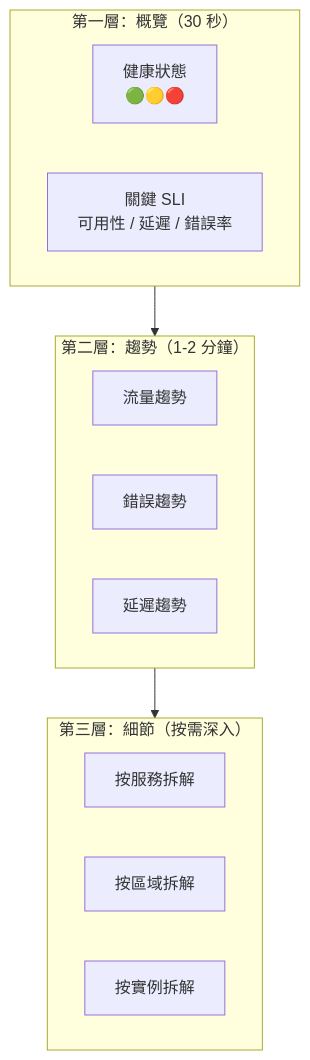
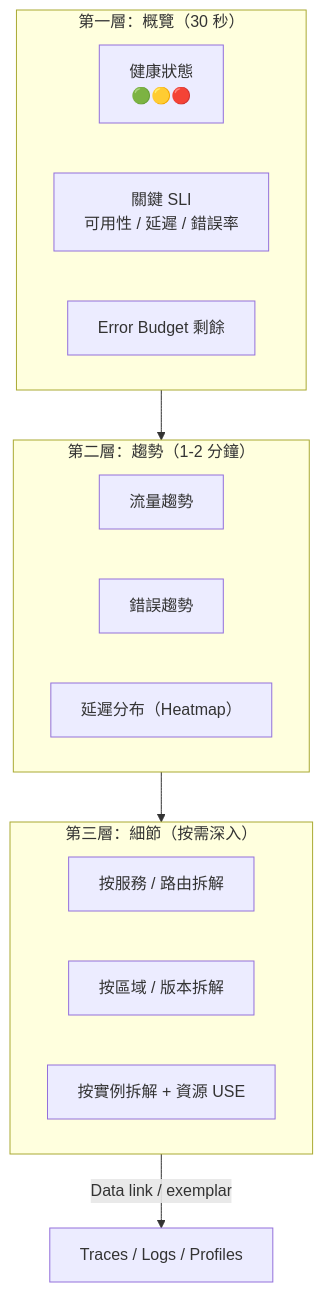
Diagram 15 of 28 in content/posts/教學/工具/Metrics Visualization 教學手冊.md (chihhung/Blog), drawn with Mermaid before and after one commit. The commit also changed other lines of this file and 8 other files, not shown here.

````diff
--- a/content/posts/教學/工具/Metrics Visualization 教學手冊.md
+++ b/content/posts/教學/工具/Metrics Visualization 教學手冊.md
@@ -811,21 +1815,23 @@
 ```mermaid
 flowchart TB
     subgraph L1["第一層：概覽（30 秒）"]
-        H1[健康狀態<br/>🟢🟡🔴]
-        H2[關鍵 SLI<br/>可用性 / 延遲 / 錯誤率]
+        H1["健康狀態<br/>🟢🟡🔴"]
+        H2["關鍵 SLI<br/>可用性 / 延遲 / 錯誤率"]
+        H3["Error Budget 剩餘"]
     end
-    
+
     subgraph L2["第二層：趨勢（1-2 分鐘）"]
-        T1[流量趨勢]
-        T2[錯誤趨勢]
-        T3[延遲趨勢]
+        T1["流量趨勢"]
+        T2["錯誤趨勢"]
+        T3["延遲分布（Heatmap）"]
     end
-    
+
     subgraph L3["第三層：細節（按需深入）"]
-        D1[按服務拆解]
-        D2[按區域拆解]
-        D3[按實例拆解]
+        D1["按服務 / 路由拆解"]
+        D2["按區域 / 版本拆解"]
+        D3["按實例拆解 + 資源 USE"]
     end
-    
+
     L1 --> L2 --> L3
+    L3 -->|"Data link / exemplar"| X["Traces / Logs / Profiles"]
 ```
````
